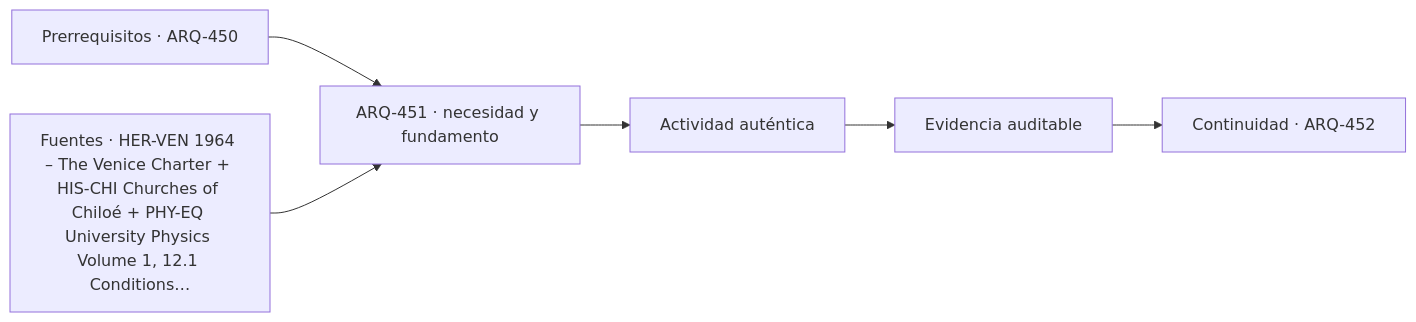
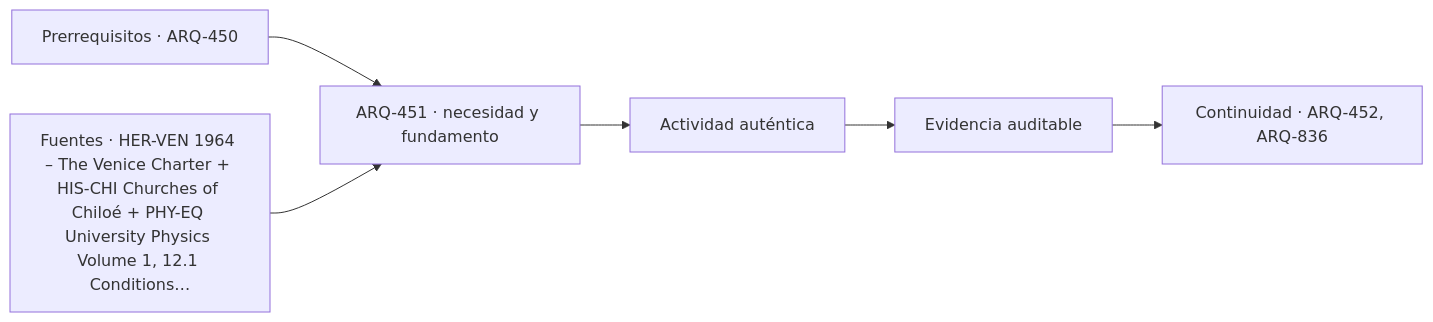
The diagram in classes/parte-46/ARQ-451.md (vladimiracunadev-create/architecture-built-environment-learning-program), drawn with Mermaid before and after one commit. The commit also changed other lines of this file and 182 other files, not shown here.

````diff
--- a/classes/parte-46/ARQ-451.md
+++ b/classes/parte-46/ARQ-451.md
@@ -117,8 +117,8 @@
 ```mermaid
 flowchart LR
     A["Prerrequisitos · ARQ-450"] --> B["ARQ-451 · necesidad y fundamento"]
     S["Fuentes · HER-VEN 1964 – The Venice Charter + HIS-CHI Churches of Chiloé + PHY-EQ University Physics Volume 1, 12.1 Conditions…"] --> B
     B --> C["Actividad auténtica"]
     C --> D["Evidencia auditable"]
-    D --> E["Continuidad · ARQ-452"]
+    D --> E["Continuidad · ARQ-452, ARQ-836"]
 ```
````
